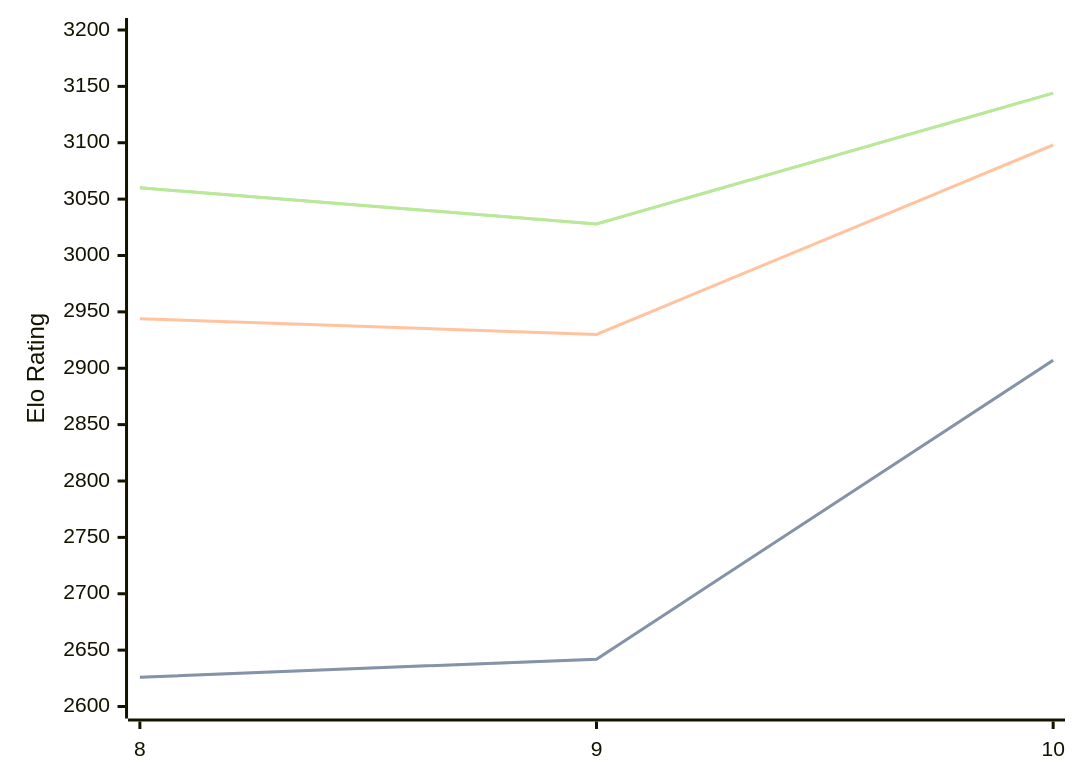
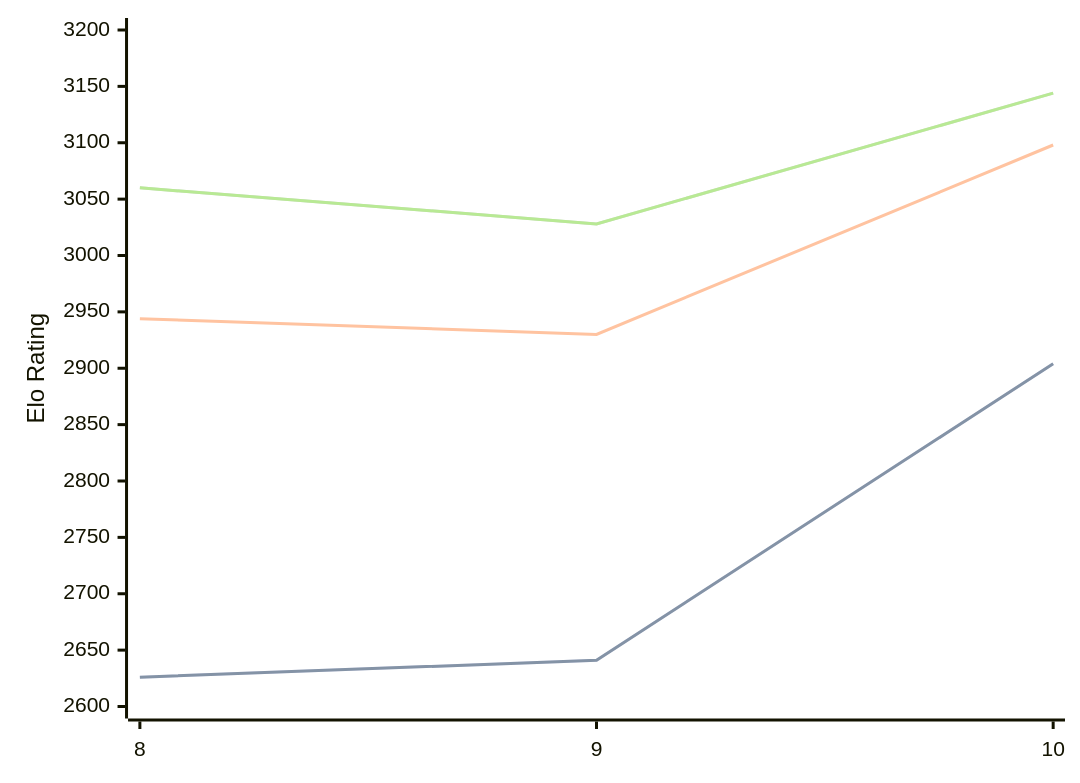
The diagram in engines/Lozza.md (computer-chess-index/cci), drawn with Mermaid before and after one commit. The commit also changed other lines of this file, not shown here.

````diff
--- a/engines/Lozza.md
+++ b/engines/Lozza.md
@@ -41,11 +41,11 @@
 ```mermaid
 %%{init: {"theme":"base","themeVariables":{"seriesColors:['#a3a3a3','#222221','#faa371']}}}%%
 xychart-beta
   x-axis ["8", "9", "10"]
   y-axis "Elo Rating" 2600 --> 3200
-  line "STC (8.0+0.08s)" [2626, 2642, 2907]
-  line "STC (8.0+0.08s)" [2626, 2642, 2907]
+  line "STC (8.0+0.08s)" [2626, 2641, 2904]
+  line "STC (8.0+0.08s)" [2626, 2641, 2904]
   line "LTC (60.0+0.60s)" [2944, 2930, 3098]
   line "VLTC (2m24s+1.12s)" [3060, 3028, 3144]
   line "VLTC (2m24s+1.12s)" [3060, 3028, 3144]
 ```
````
